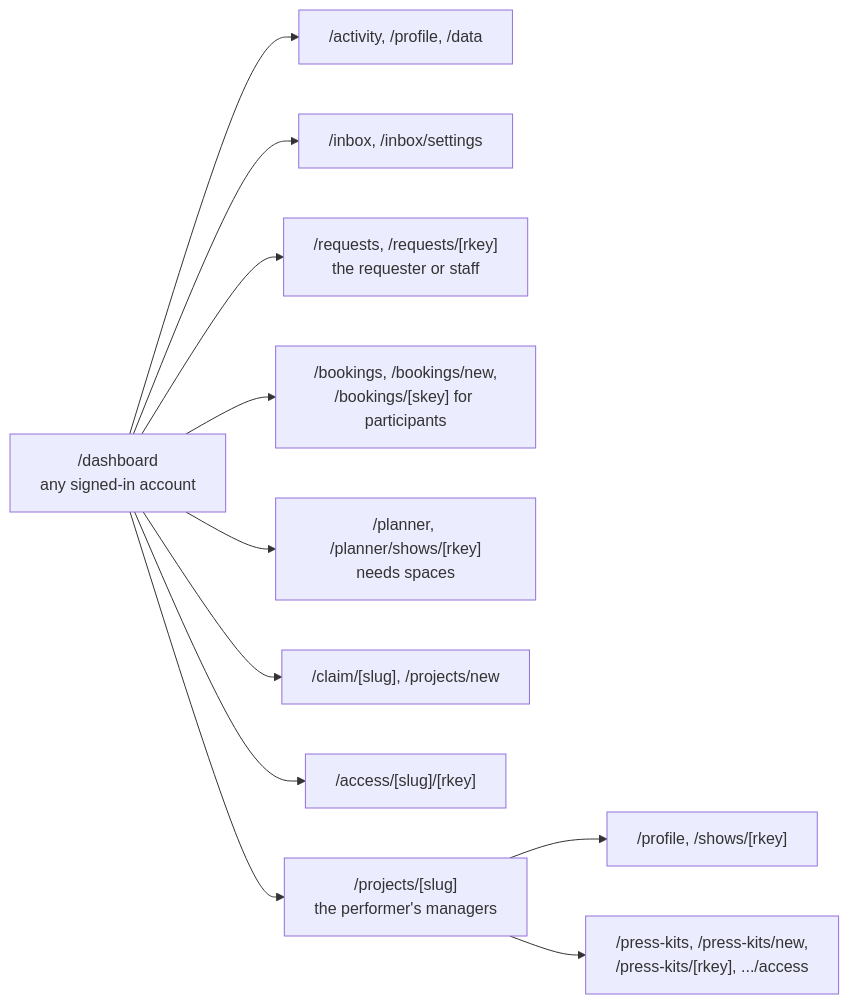
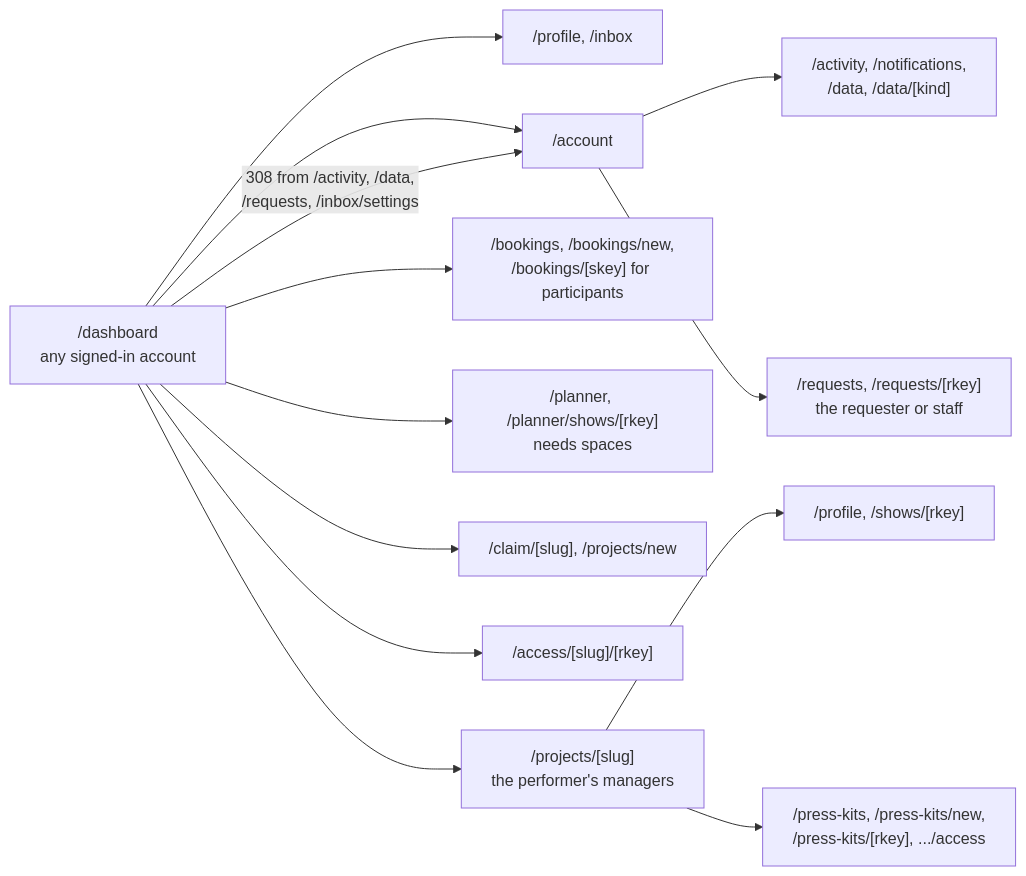
The eighth of 11 diagrams in apps/web/docs/diagrams/requests-and-routes.md (cutenode/localnetwork), drawn with Mermaid before and after one commit. The commit also changed other lines of this file, not shown here.

Commit message:
docs(web): draw the moved account pages in the route diagrams
The request path gets the moved page check, a 308 from the old account addresses before the app loads. The dashboard routes put activity, notifications, data and requests under /dashboard/account, with the 308s from where they were.

````diff
--- a/apps/web/docs/diagrams/requests-and-routes.md
+++ b/apps/web/docs/diagrams/requests-and-routes.md
@@ -171,14 +173,16 @@
 ```mermaid
 flowchart LR
   Dash["/dashboard<br/>any signed-in account"]
-  Dash --> Over["/activity, /profile, /data"]
-  Dash --> Inbox["/inbox, /inbox/settings"]
-  Dash --> Req["/requests, /requests/[rkey]<br/>the requester or staff"]
+  Dash --> Over["/profile, /inbox"]
+  Dash --> Account["/account"]
+  Account --> Yours["/activity, /notifications,<br/>/data, /data/[kind]"]
+  Account --> Req["/requests, /requests/[rkey]<br/>the requester or staff"]
+  Dash -- "308 from /activity, /data,<br/>/requests, /inbox/settings" --> Account
   Dash --> Book["/bookings, /bookings/new,<br/>/bookings/[skey] for participants"]
   Dash --> Plan["/planner, /planner/shows/[rkey]<br/>needs spaces"]
   Dash --> Claim["/claim/[slug], /projects/new"]
   Dash --> Access["/access/[slug]/[rkey]"]
   Dash --> Manage["/projects/[slug]<br/>the performer's managers"]
   Manage --> Mine["/profile, /shows/[rkey]"]
   Manage --> Kits["/press-kits, /press-kits/new,<br/>/press-kits/[rkey], .../access"]
 ```
````
